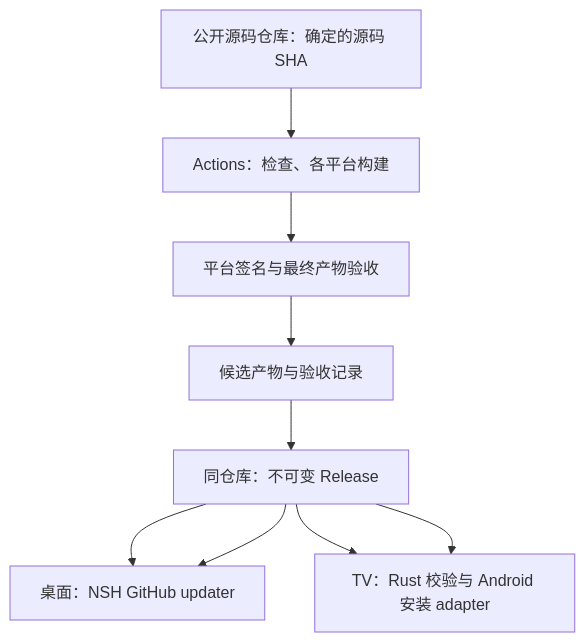
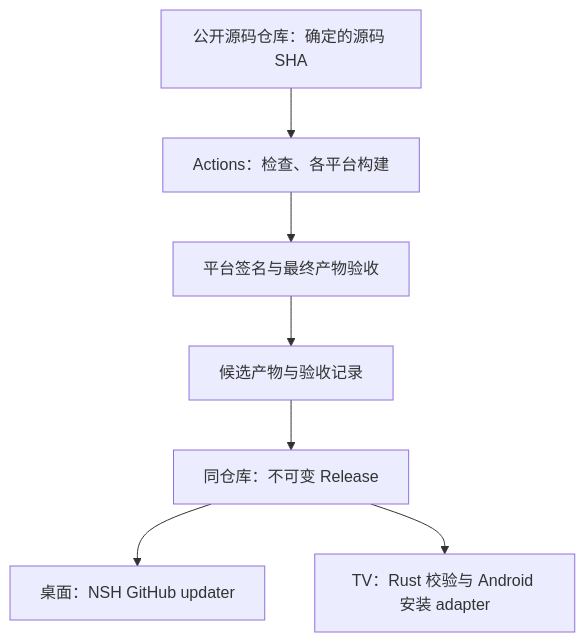
One commit to bijinfeng/hongguo-tv changed the diagram in docs/github-delivery-and-updates.md. Above: the diagram before and after it, drawn with Mermaid. The commit also changed other lines of this file and 7 other files, not shown here.

````diff
--- a/docs/github-delivery-and-updates.md
+++ b/docs/github-delivery-and-updates.md
@@ -13,11 +13,9 @@
 ```mermaid
 flowchart TD
   Source[公开源码仓库：确定的源码 SHA] --> CI[Actions：检查、各平台构建]
   CI --> Sign[平台签名与最终产物验收]
   Sign --> Candidate[候选产物与验收记录]
   Candidate --> Release[同仓库：不可变 Release]
   Release --> Desktop[桌面：NSH GitHub updater]
   Release --> TV[TV：Rust 校验与 Android 安装 adapter]
-  Release --> Desktop
-  Release --> TV
 ```
````
